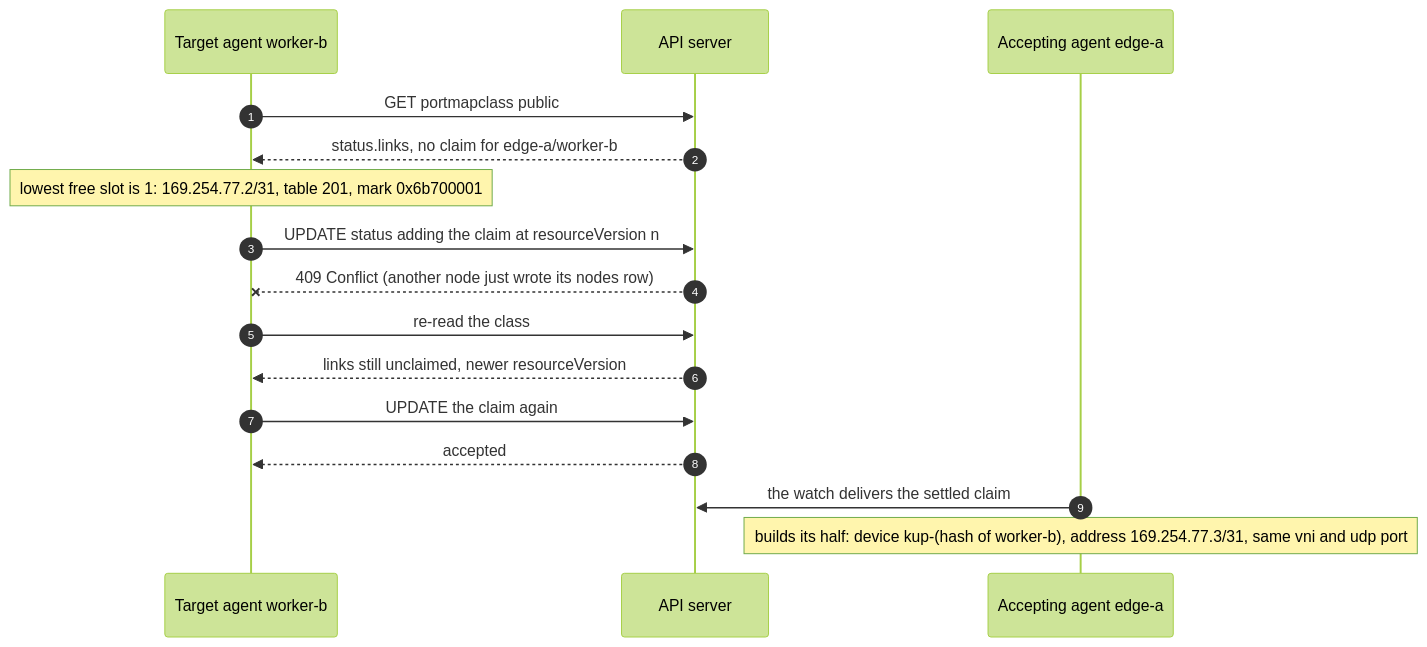
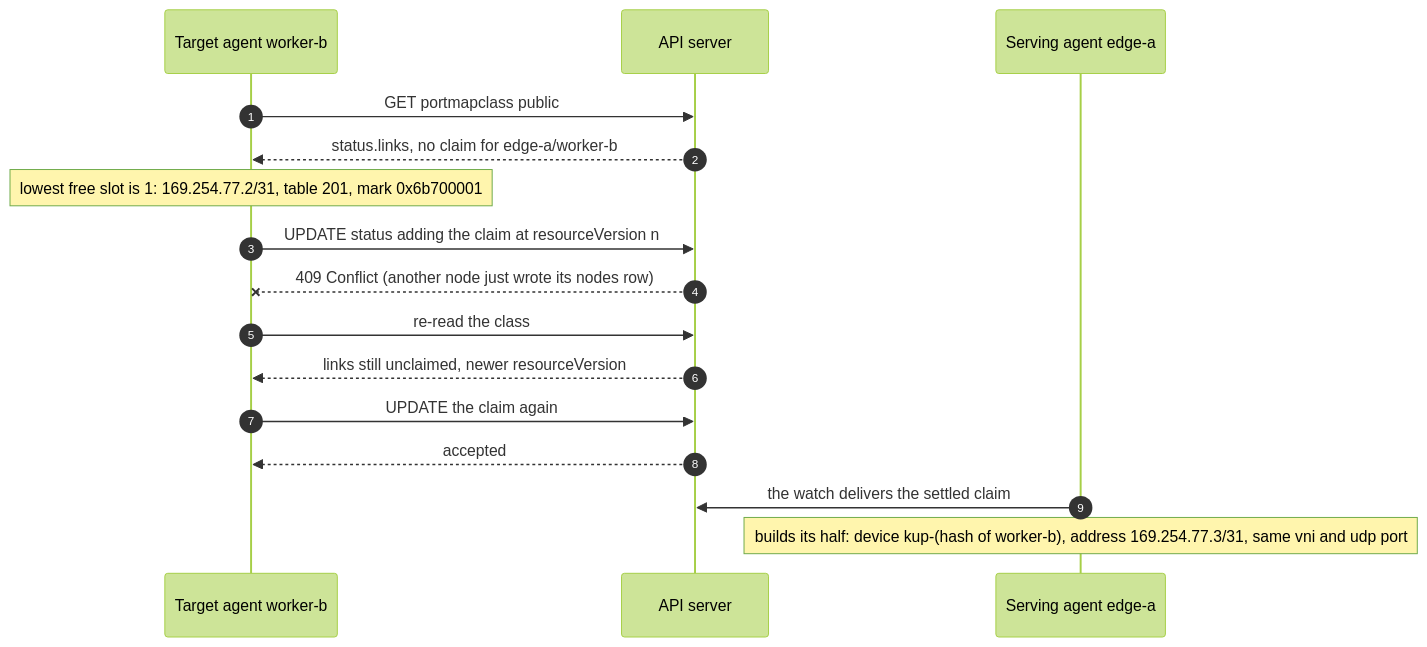
One commit to walzen-group/kuport changed the second of 5 diagrams in docs/spec.md. Above: the diagram before and after it, drawn with Mermaid (forest theme). The commit also changed other lines of this file and 7 other files, not shown here.

````diff
--- a/docs/spec.md
+++ b/docs/spec.md
@@ -319,18 +344,18 @@
 ```mermaid
 sequenceDiagram
     autonumber
     participant T as Target agent worker-b
     participant API as API server
-    participant E as Accepting agent edge-a
+    participant E as Serving agent edge-a
     T->>API: GET portmapclass public
     API-->>T: status.links, no claim for edge-a/worker-b
     Note over T: lowest free slot is 1: 169.254.77.2/31, table 201, mark 0x6b700001
     T->>API: UPDATE status adding the claim at resourceVersion n
     API--xT: 409 Conflict (another node just wrote its nodes row)
     T->>API: re-read the class
     API-->>T: links still unclaimed, newer resourceVersion
     T->>API: UPDATE the claim again
     API-->>T: accepted
     E->>API: the watch delivers the settled claim
     Note over E: builds its half: device kup-(hash of worker-b), address 169.254.77.3/31, same vni and udp port
 ```
````
